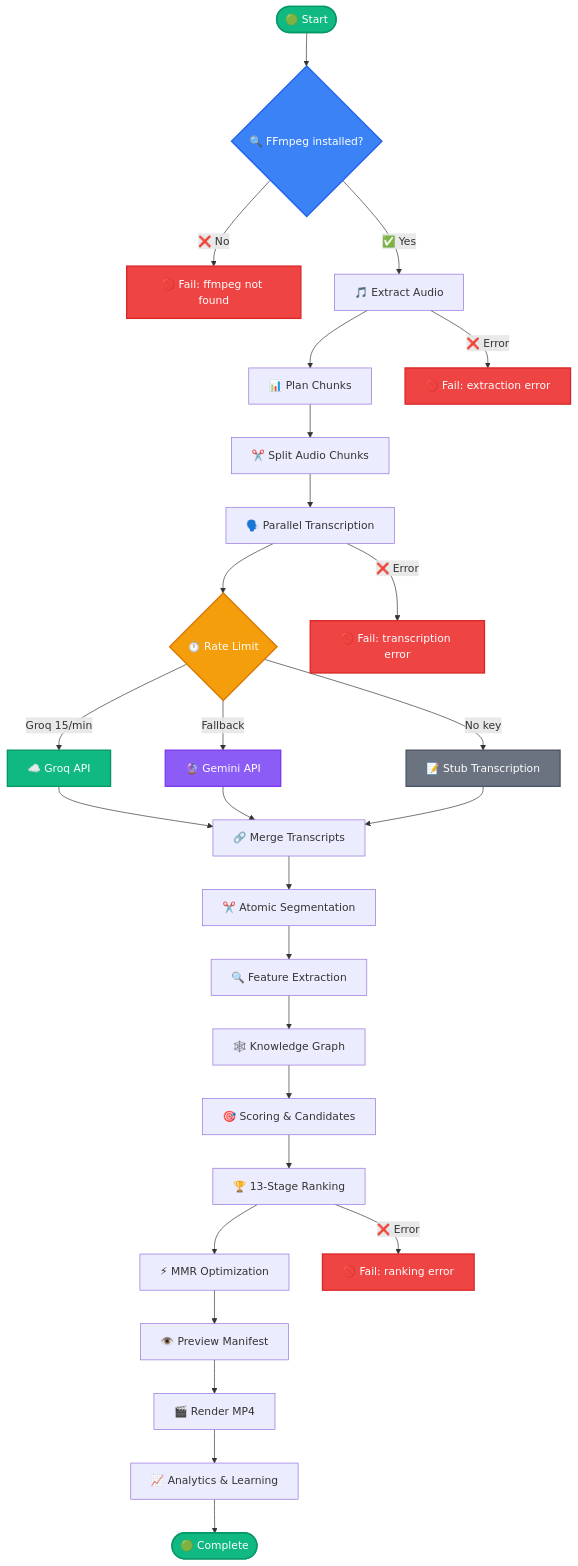
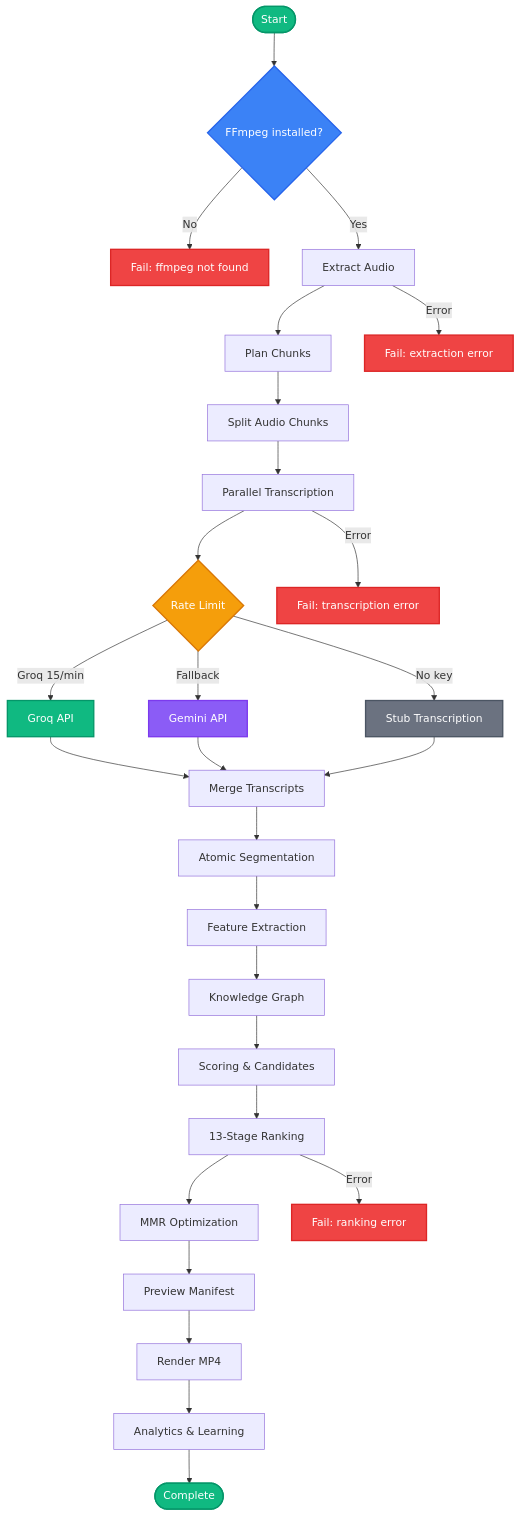
Before and after one commit to samm329-ui/Trimora_v2: the second of 7 diagrams in README.md, drawn with Mermaid. The commit also changed other lines of this file, not shown here.

Commit message:
fix: remove emojis from all Mermaid diagrams for GitHub rendering

````diff
--- a/README.md
+++ b/README.md
@@ -183,49 +183,49 @@
 ```mermaid
 flowchart TB
-    START(["🟢 Start"]) --> CHK{"🔍 FFmpeg installed?"}
-    CHK -->|"❌ No"| FAIL1["🚫 Fail: ffmpeg not found"]
-    CHK -->|"✅ Yes"| EXT["🎵 Extract Audio"]
+    START([Start]) --> CHK{FFmpeg installed?}
+    CHK -->|No| FAIL1[Fail: ffmpeg not found]
+    CHK -->|Yes| EXT[Extract Audio]
 
-    EXT --> PLAN["📊 Plan Chunks"]
-    PLAN --> SPLIT["✂️ Split Audio Chunks"]
+    EXT --> PLAN[Plan Chunks]
+    PLAN --> SPLIT[Split Audio Chunks]
 
-    SPLIT --> TRANS["🗣️ Parallel Transcription"]
-    TRANS --> RATE{"⏱️ Rate Limit"}
-    RATE -->|"Groq 15/min"| GROQ_CALL["☁️ Groq API"]
-    RATE -->|"Fallback"| GEMINI_CALL["🔮 Gemini API"]
-    RATE -->|"No key"| STUB_CALL["📝 Stub Transcription"]
+    SPLIT --> TRANS[Parallel Transcription]
+    TRANS --> RATE{Rate Limit}
+    RATE -->|Groq 15/min| GROQ_CALL[Groq API]
+    RATE -->|Fallback| GEMINI_CALL[Gemini API]
+    RATE -->|No key| STUB_CALL[Stub Transcription]
 
-    GROQ_CALL --> MERGE["🔗 Merge Transcripts"]
+    GROQ_CALL --> MERGE[Merge Transcripts]
     GEMINI_CALL --> MERGE
     STUB_CALL --> MERGE
 
-    MERGE --> SEG["✂️ Atomic Segmentation"]
-    SEG --> FEAT["🔍 Feature Extraction"]
+    MERGE --> SEG[Atomic Segmentation]
+    SEG --> FEAT[Feature Extraction]
 
-    FEAT --> GRAPH["🕸️ Knowledge Graph"]
-    GRAPH --> SCORE["🎯 Scoring & Candidates"]
+    FEAT --> GRAPH[Knowledge Graph]
+    GRAPH --> SCORE[Scoring & Candidates]
 
-    SCORE --> RANK["🏆 13-Stage Ranking"]
-    RANK --> OPT["⚡ MMR Optimization"]
+    SCORE --> RANK[13-Stage Ranking]
+    RANK --> OPT[MMR Optimization]
 
-    OPT --> PREV["👁️ Preview Manifest"]
-    PREV --> EXPORT["🎬 Render MP4"]
-    EXPORT --> LEARN["📈 Analytics & Learning"]
-    LEARN --> DONE(["🟢 Complete"])
+    OPT --> PREV[Preview Manifest]
+    PREV --> EXPORT[Render MP4]
+    EXPORT --> LEARN[Analytics & Learning]
+    LEARN --> DONE([Complete])
 
-    EXT -->|"❌ Error"| FAIL2["🚫 Fail: extraction error"]
-    TRANS -->|"❌ Error"| FAIL3["🚫 Fail: transcription error"]
-    RANK -->|"❌ Error"| FAIL4["🚫 Fail: ranking error"]
+    EXT -->|Error| FAIL2[Fail: extraction error]
+    TRANS -->|Error| FAIL3[Fail: transcription error]
+    RANK -->|Error| FAIL4[Fail: ranking error]
 
     style START fill:#10b981,color:#fff,stroke:#059669,stroke-width:2px
     style DONE fill:#10b981,color:#fff,stroke:#059669,stroke-width:2px
     style FAIL1 fill:#ef4444,color:#fff,stroke:#dc2626,stroke-width:2px
     style FAIL2 fill:#ef4444,color:#fff,stroke:#dc2626,stroke-width:2px
     style FAIL3 fill:#ef4444,color:#fff,stroke:#dc2626,stroke-width:2px
     style FAIL4 fill:#ef4444,color:#fff,stroke:#dc2626,stroke-width:2px
     style CHK fill:#3b82f6,color:#fff,stroke:#2563eb,stroke-width:2px
     style RATE fill:#f59e0b,color:#fff,stroke:#d97706,stroke-width:2px
     style GROQ_CALL fill:#10b981,color:#fff,stroke:#059669,stroke-width:2px
     style GEMINI_CALL fill:#8b5cf6,color:#fff,stroke:#7c3aed,stroke-width:2px
     style STUB_CALL fill:#6b7280,color:#fff,stroke:#4b5563,stroke-width:2px
 ```
````
